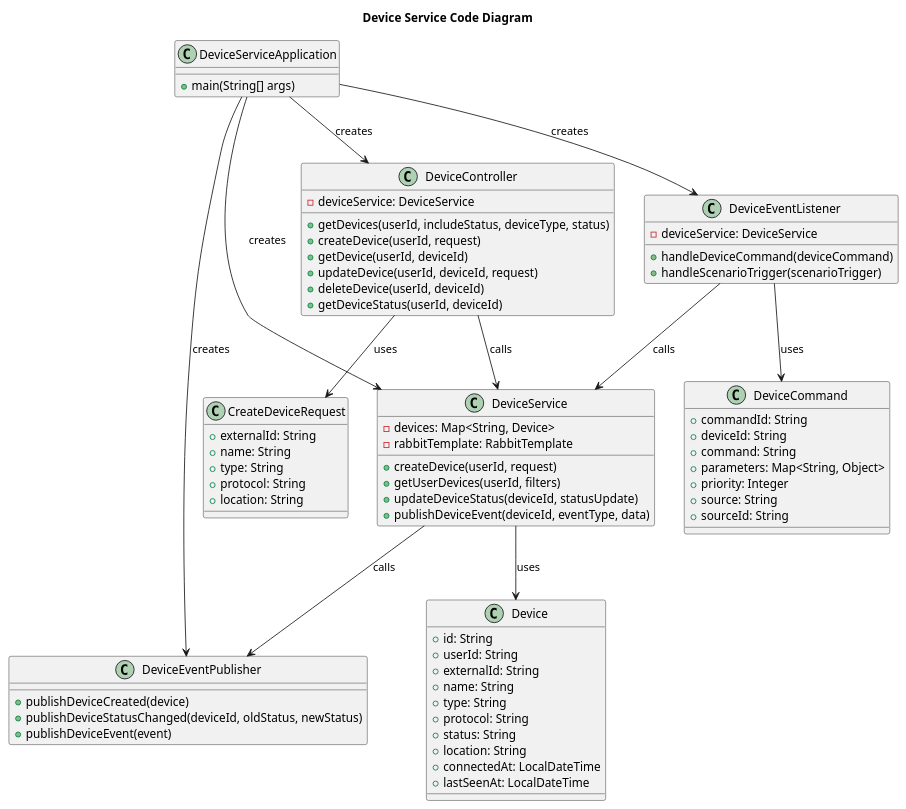
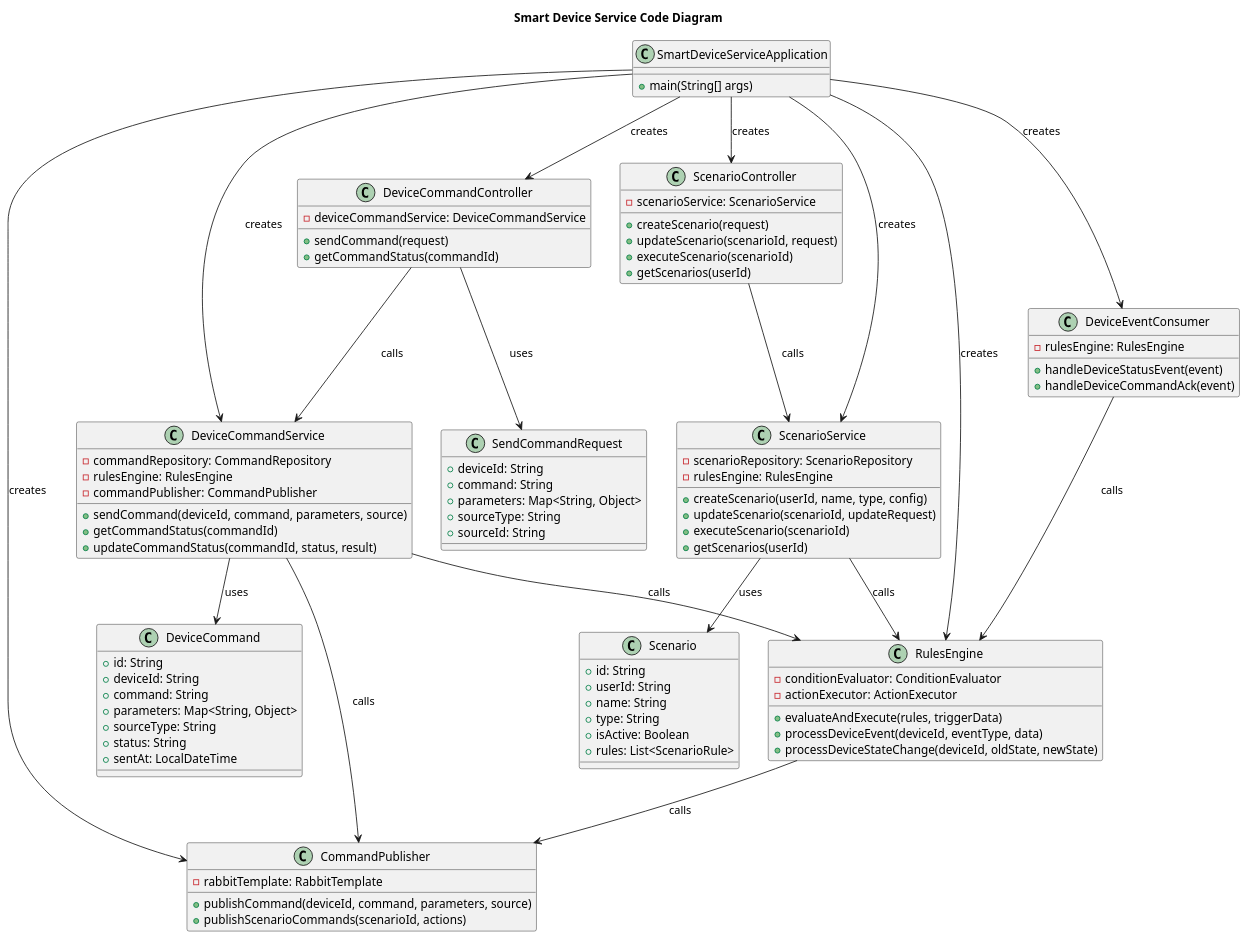
The diagram in diagrams/code/code_device_service.plantuml (winmord/architecture-pro-warmhouse), drawn with PlantUML before and after one commit. The commit also changed 6 other files, not shown here.

Commit message:
fix: change component, code and ER-diagram, device service OpenAPI

```diff
--- a/diagrams/code/code_device_service.plantuml
+++ b/diagrams/code/code_device_service.plantuml
@@ -1,82 +1,108 @@
 @startuml
-title Device Service Code Diagram
+title Smart Device Service Code Diagram
 
-class DeviceServiceApplication {
+class SmartDeviceServiceApplication {
 + main(String[] args)
 }
 
-class DeviceService {
-- devices: Map<String, Device>
-- rabbitTemplate: RabbitTemplate
-+ createDevice(userId, request)
-+ getUserDevices(userId, filters)
-+ updateDeviceStatus(deviceId, statusUpdate)
-+ publishDeviceEvent(deviceId, eventType, data)
+class DeviceCommandService {
+- commandRepository: CommandRepository
+- rulesEngine: RulesEngine
+- commandPublisher: CommandPublisher
++ sendCommand(deviceId, command, parameters, source)
++ getCommandStatus(commandId)
++ updateCommandStatus(commandId, status, result)
 }
 
-class DeviceController {
-- deviceService: DeviceService
-+ getDevices(userId, includeStatus, deviceType, status)
-+ createDevice(userId, request)
-+ getDevice(userId, deviceId)
-+ updateDevice(userId, deviceId, request)
-+ deleteDevice(userId, deviceId)
-+ getDeviceStatus(userId, deviceId)
+class ScenarioService {
+- scenarioRepository: ScenarioRepository
+- rulesEngine: RulesEngine
++ createScenario(userId, name, type, config)
++ updateScenario(scenarioId, updateRequest)
++ executeScenario(scenarioId)
++ getScenarios(userId)
 }
 
-class DeviceEventListener {
-- deviceService: DeviceService
-+ handleDeviceCommand(deviceCommand)
-+ handleScenarioTrigger(scenarioTrigger)
+class RulesEngine {
+- conditionEvaluator: ConditionEvaluator
+- actionExecutor: ActionExecutor
++ evaluateAndExecute(rules, triggerData)
++ processDeviceEvent(deviceId, eventType, data)
++ processDeviceStateChange(deviceId, oldState, newState)
 }
 
-class DeviceEventPublisher {
-+ publishDeviceCreated(device)
-+ publishDeviceStatusChanged(deviceId, oldStatus, newStatus)
-+ publishDeviceEvent(event)
+class CommandPublisher {
+- rabbitTemplate: RabbitTemplate
++ publishCommand(deviceId, command, parameters, source)
++ publishScenarioCommands(scenarioId, actions)
 }
 
-class Device {
-+ id: String
-+ userId: String
-+ externalId: String
-+ name: String
-+ type: String
-+ protocol: String
-+ status: String
-+ location: String
-+ connectedAt: LocalDateTime
-+ lastSeenAt: LocalDateTime
+class DeviceCommandController {
+- deviceCommandService: DeviceCommandService
++ sendCommand(request)
++ getCommandStatus(commandId)
 }
 
-class CreateDeviceRequest {
-+ externalId: String
-+ name: String
-+ type: String
-+ protocol: String
-+ location: String
+class ScenarioController {
+- scenarioService: ScenarioService
++ createScenario(request)
++ updateScenario(scenarioId, request)
++ executeScenario(scenarioId)
++ getScenarios(userId)
+}
+
+class DeviceEventConsumer {
+- rulesEngine: RulesEngine
++ handleDeviceStatusEvent(event)
++ handleDeviceCommandAck(event)
 }
 
 class DeviceCommand {
-+ commandId: String
++ id: String
 + deviceId: String
 + command: String
 + parameters: Map<String, Object>
-+ priority: Integer
-+ source: String
++ sourceType: String
++ status: String
++ sentAt: LocalDateTime
+}
+
+class Scenario {
++ id: String
++ userId: String
++ name: String
++ type: String
++ isActive: Boolean
++ rules: List<ScenarioRule>
+}
+
+class SendCommandRequest {
++ deviceId: String
++ command: String
++ parameters: Map<String, Object>
++ sourceType: String
 + sourceId: String
 }
 
-DeviceServiceApplication --> DeviceController : creates
-DeviceServiceApplication --> DeviceService : creates
-DeviceServiceApplication --> DeviceEventListener : creates
-DeviceServiceApplication --> DeviceEventPublisher : creates
+SmartDeviceServiceApplication --> DeviceCommandController : creates
+SmartDeviceServiceApplication --> ScenarioController : creates
+SmartDeviceServiceApplication --> DeviceCommandService : creates
+SmartDeviceServiceApplication --> ScenarioService : creates
+SmartDeviceServiceApplication --> RulesEngine : creates
+SmartDeviceServiceApplication --> CommandPublisher : creates
+SmartDeviceServiceApplication --> DeviceEventConsumer : creates
 
-DeviceController --> DeviceService : calls
-DeviceEventListener --> DeviceService : calls
-DeviceService --> DeviceEventPublisher : calls
-DeviceService --> Device : uses
-DeviceController --> CreateDeviceRequest : uses
-DeviceEventListener --> DeviceCommand : uses
+DeviceCommandController --> DeviceCommandService : calls
+ScenarioController --> ScenarioService : calls
 
+DeviceCommandService --> RulesEngine : calls
+DeviceCommandService --> CommandPublisher : calls
+ScenarioService --> RulesEngine : calls
+RulesEngine --> CommandPublisher : calls
+
+DeviceEventConsumer --> RulesEngine : calls
+
+DeviceCommandController --> SendCommandRequest : uses
+DeviceCommandService --> DeviceCommand : uses
+ScenarioService --> Scenario : uses
 @enduml
```
